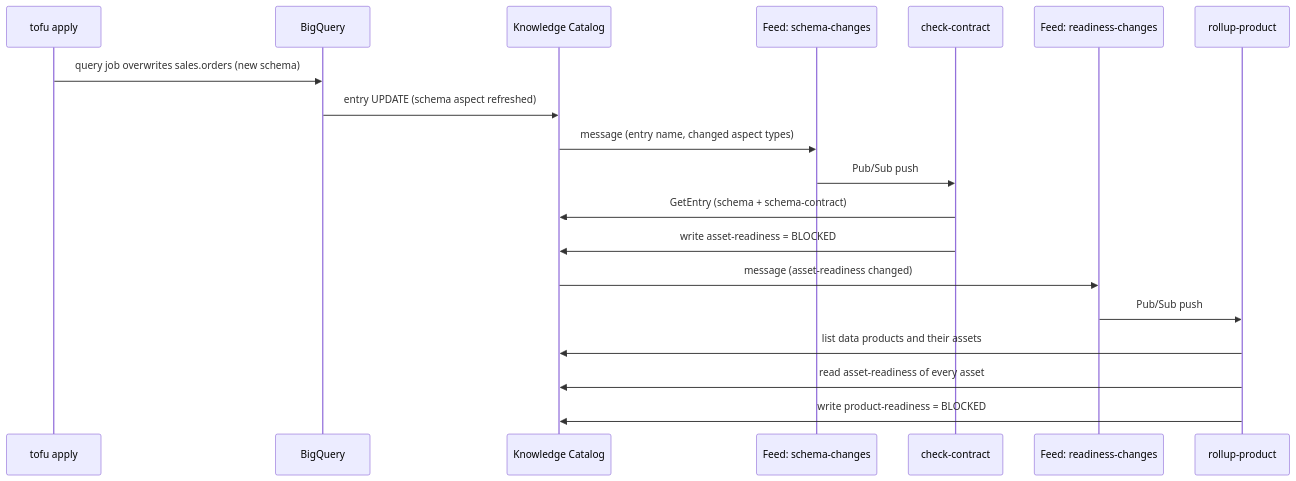
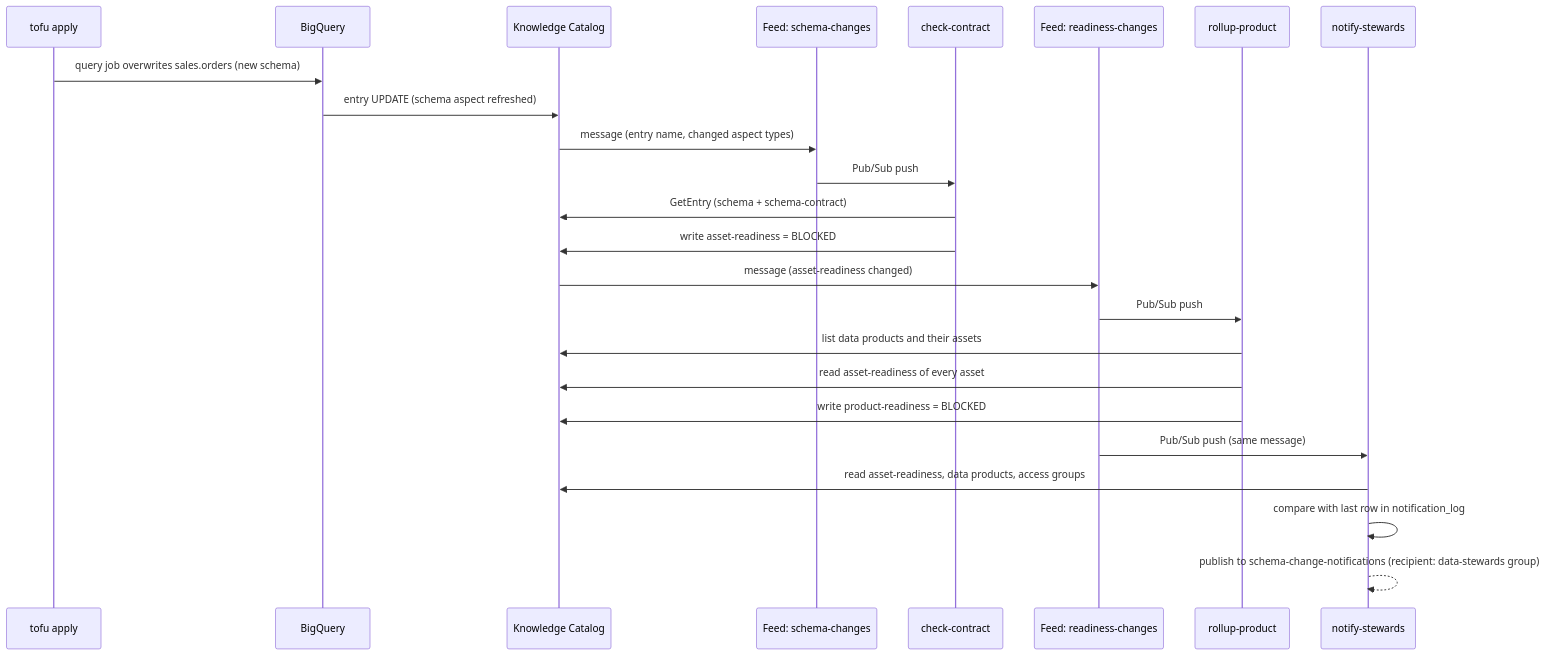
One commit to gCloud-Tech-Showcase/datacloud-metadata-feed changed the diagram in docs/architecture.md. Above: the diagram before and after it, drawn with Mermaid. The commit also changed other lines of this file and 12 other files, not shown here.

First line of the commit message:
Tell data stewards when an asset's contract breaks

````diff
--- a/docs/architecture.md
+++ b/docs/architecture.md
@@ -5,22 +5,27 @@
 ```mermaid
 sequenceDiagram
     participant TF as tofu apply
     participant BQ as BigQuery
     participant KC as Knowledge Catalog
     participant F1 as Feed: schema-changes
     participant CC as check-contract
     participant F2 as Feed: readiness-changes
     participant RP as rollup-product
 
     TF->>BQ: query job overwrites sales.orders (new schema)
     BQ->>KC: entry UPDATE (schema aspect refreshed)
     KC->>F1: message (entry name, changed aspect types)
     F1->>CC: Pub/Sub push
     CC->>KC: GetEntry (schema + schema-contract)
     CC->>KC: write asset-readiness = BLOCKED
     KC->>F2: message (asset-readiness changed)
     F2->>RP: Pub/Sub push
     RP->>KC: list data products and their assets
     RP->>KC: read asset-readiness of every asset
     RP->>KC: write product-readiness = BLOCKED
+    participant NS as notify-stewards
+    F2->>NS: Pub/Sub push (same message)
+    NS->>KC: read asset-readiness, data products, access groups
+    NS->>NS: compare with last row in notification_log
+    NS-->>NS: publish to schema-change-notifications (recipient: data-stewards group)
 ```
````
